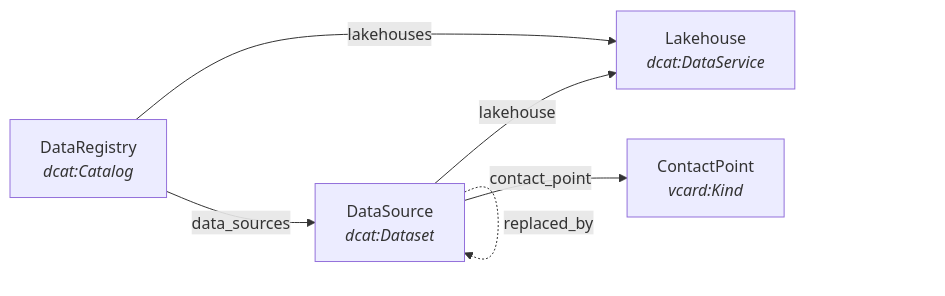
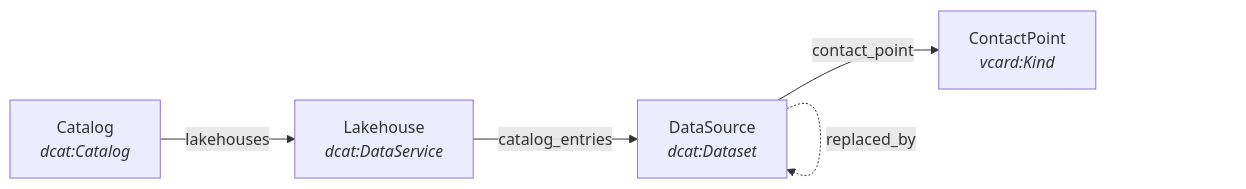
One commit to ber-data/lakehouse-registry changed the diagram in src/docs/index.md. Above: the diagram before and after it, drawn with Mermaid. The commit also changed other lines of this file and 8 other files, not shown here.

Commit message:
refine schema

````diff
--- a/src/docs/index.md
+++ b/src/docs/index.md
@@ -40,8 +40,7 @@
 ```mermaid
 graph LR
-    DR[DataRegistry<br/><i>dcat:Catalog</i>] -->|lakehouses| LH[Lakehouse<br/><i>dcat:DataService</i>]
-    DR -->|data_sources| DS[DataSource<br/><i>dcat:Dataset</i>]
+    C[Catalog<br/><i>dcat:Catalog</i>] -->|lakehouses| LH[Lakehouse<br/><i>dcat:DataService</i>]
+    LH -->|catalog_entries| DS[DataSource<br/><i>dcat:Dataset</i>]
     DS -->|contact_point| CP[ContactPoint<br/><i>vcard:Kind</i>]
-    DS -->|lakehouse| LH
     DS -.->|replaced_by| DS
 ```
````
